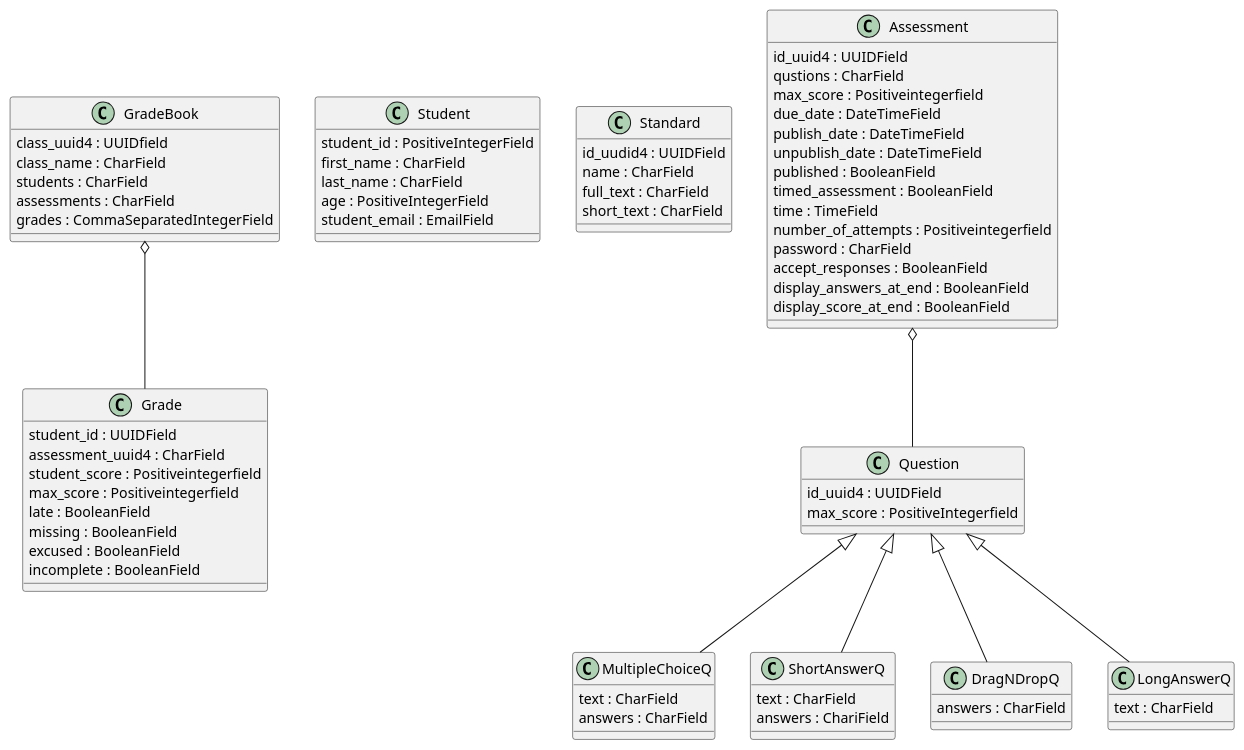
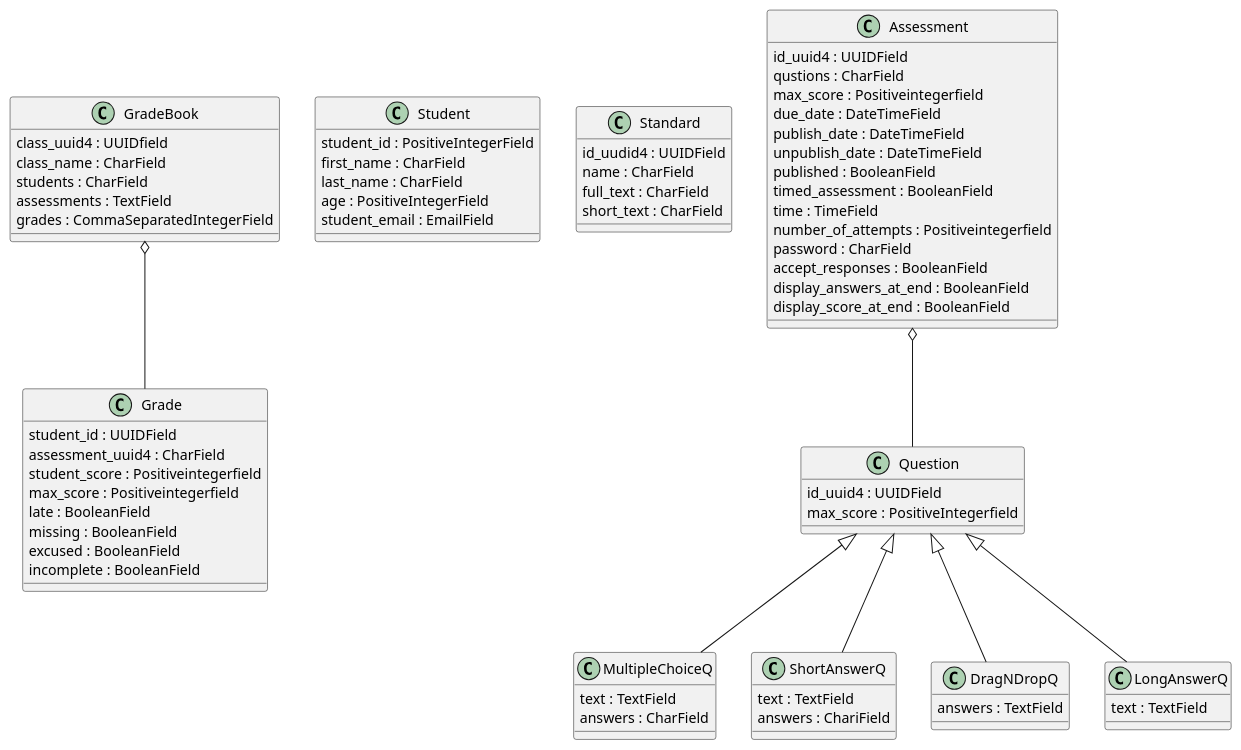
The second of 2 diagrams in README.org (tfree87/LibreEd), drawn with PlantUML before and after one commit. The commit also changed 2 other files, not shown here.

Commit message:
Updated classes diagram and added model to SIS

```diff
--- a/README.org
+++ b/README.org
@@ -86,7 +86,7 @@
   class_uuid4 : UUIDfield
   class_name : CharField
   students : CharField
-  assessments : CharField
+  assessments : TextField
   grades : CommaSeparatedIntegerField
   }
 
@@ -139,21 +139,21 @@
   }
 
   class MultipleChoiceQ {
-  text : CharField
+  text : TextField
   answers : CharField
   }
 
   class ShortAnswerQ {
-  text : CharField
+  text : TextField
   answers : ChariField
   }
 
   class DragNDropQ {
-  answers : CharField
+  answers : TextField
   }
 
   class LongAnswerQ {
-  text : CharField
+  text : TextField
   }
 
   Assessment o-- Question
```
